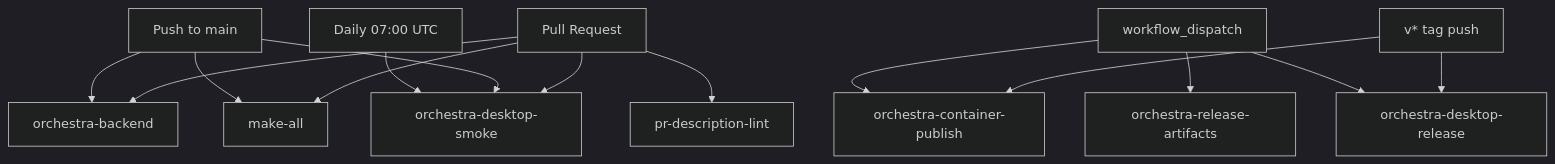
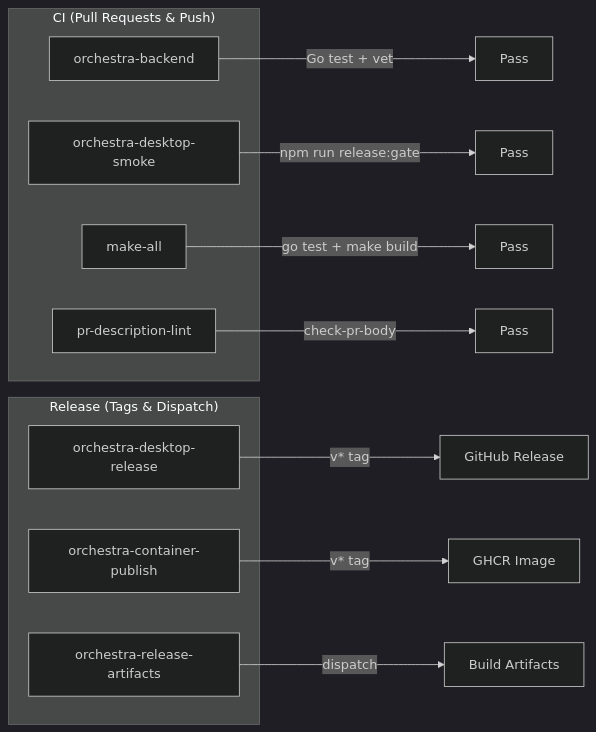
One commit to bradAGI/Orchestra changed the first of 2 diagrams in docs/operations/ci-cd.md. Above: the diagram before and after it, drawn with Mermaid (dark theme). The commit also changed other lines of this file and 12 other files, not shown here.

````diff
--- a/docs/operations/ci-cd.md
+++ b/docs/operations/ci-cd.md
@@ -21,20 +20,24 @@
 ```mermaid
-flowchart TD
-    PR[Pull Request] --> BE[orchestra-backend]
-    PR --> DS[orchestra-desktop-smoke]
-    PR --> MA[make-all]
-    PR --> PL[pr-description-lint]
+flowchart LR
+    subgraph CI["CI (Pull Requests & Push)"]
+        BE[orchestra-backend]
+        DS[orchestra-desktop-smoke]
+        MA[make-all]
+        PR[pr-description-lint]
+    end
 
-    PUSH[Push to main] --> BE
-    PUSH --> DS
-    PUSH --> MA
+    subgraph Release["Release (Tags & Dispatch)"]
+        DR[orchestra-desktop-release]
+        CP[orchestra-container-publish]
+        RA[orchestra-release-artifacts]
+    end
 
-    TAG[v* tag push] --> CP[orchestra-container-publish]
-    TAG --> DR[orchestra-desktop-release]
+    BE -->|"Go test + vet"| PASS1[Pass]
+    DS -->|"npm run release:gate"| PASS2[Pass]
+    MA -->|"go test + make build"| PASS3[Pass]
+    PR -->|"check-pr-body"| PASS4[Pass]
 
-    MANUAL[workflow_dispatch] --> RA[orchestra-release-artifacts]
-    MANUAL --> CP
-    MANUAL --> DR
-
-    CRON[Daily 07:00 UTC] --> DS
+    DR -->|"v* tag"| GH_RELEASE[GitHub Release]
+    CP -->|"v* tag"| GHCR[GHCR Image]
+    RA -->|"dispatch"| ARTIFACTS[Build Artifacts]
 ```
````
